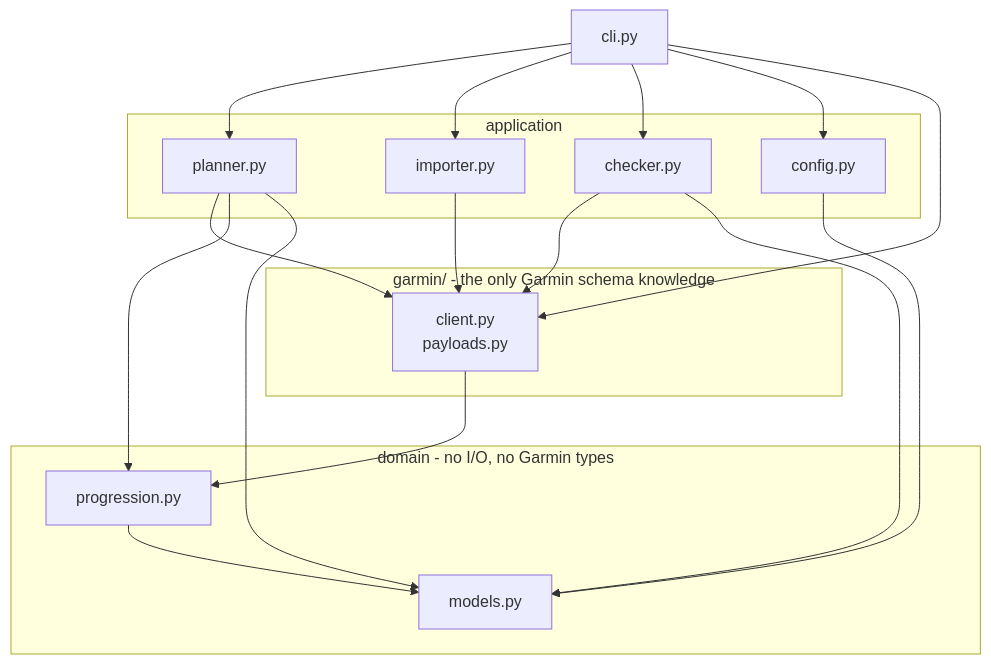
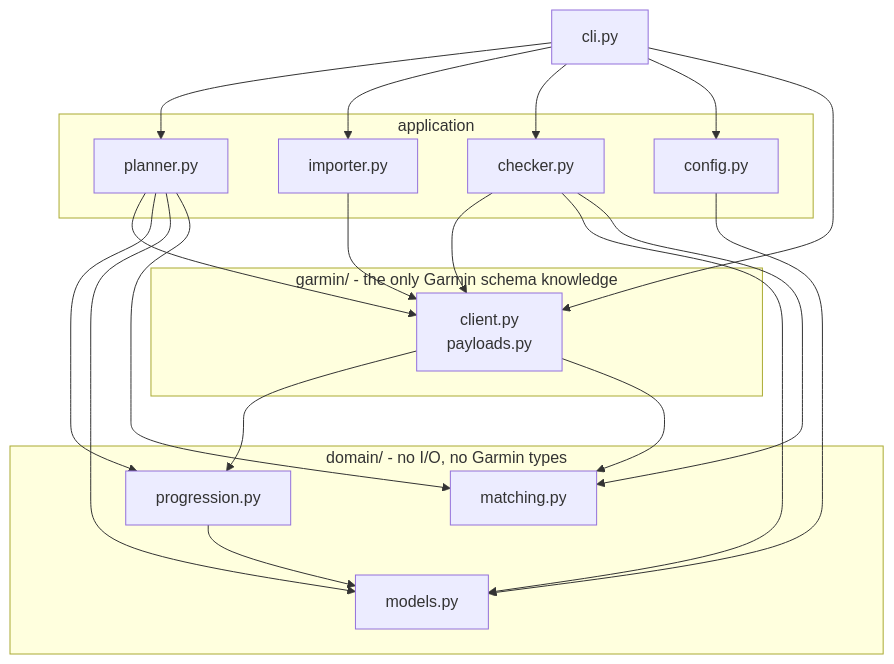
Before and after one commit to theadzik/repwise: the first of 2 diagrams in docs/architecture.md, drawn with Mermaid. The commit also changed other lines of this file and 19 other files, not shown here.

First line of the commit message:
refactor: move exercise matching into the domain

````diff
--- a/docs/architecture.md
+++ b/docs/architecture.md
@@ -42,27 +45,29 @@
 ```mermaid
 flowchart TD
     cli["cli.py"]
 
     subgraph app["application"]
         planner["planner.py"]
         importer["importer.py"]
         checker["checker.py"]
         config["config.py"]
     end
 
     subgraph adapter["garmin/ - the only Garmin schema knowledge"]
         garmin["client.py<br/>payloads.py"]
     end
 
-    subgraph domain["domain - no I/O, no Garmin types"]
+    subgraph domain["domain/ - no I/O, no Garmin types"]
         progression["progression.py"]
         models["models.py"]
+        matching["matching.py"]
     end
 
     cli --> planner & importer & checker & config
     cli --> garmin
     planner & importer & checker --> garmin
     planner & garmin --> progression
     planner & checker & config --> models
+    planner & checker & garmin --> matching
     progression --> models
 ```
````
